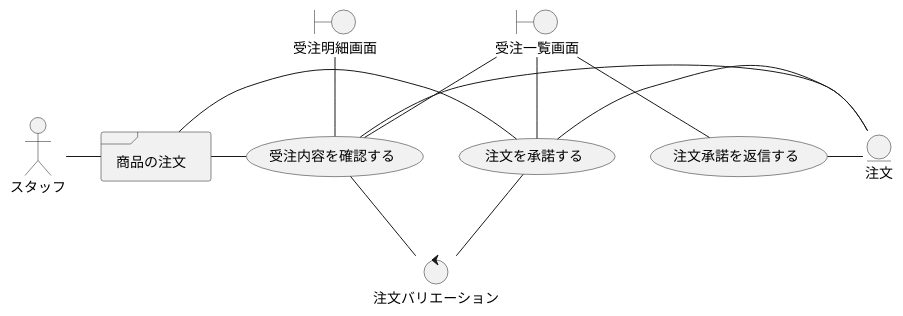
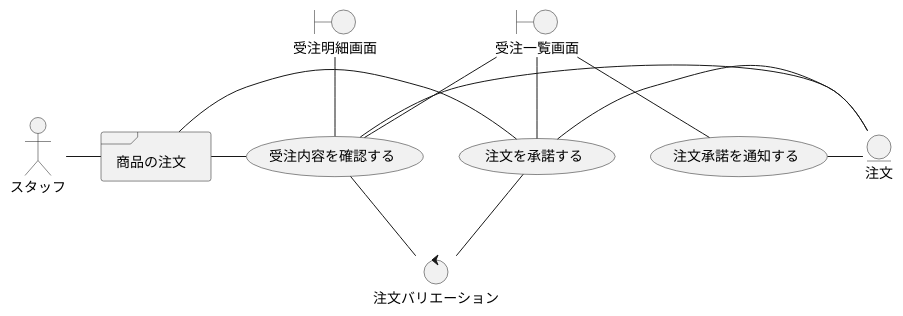
One commit to k2works/application_programing_excercise_2022 changed diagram 23 of 28 in docs/index.adoc. Above: the diagram before and after it, drawn with PlantUML. The commit also changed other lines of this file, not shown here.

```diff
--- a/docs/index.adoc
+++ b/docs/index.adoc
@@ -735,26 +741,26 @@
 [plantuml]
 ----
 @startuml
 actor "スタッフ" as ac_01
 frame "商品の注文" as f01
 usecase "受注内容を確認する" as UC1
 usecase "注文を承諾する" as UC2
-usecase "注文承諾を返信する" as UC3
+usecase "注文承諾を通知する" as UC3
 boundary "受注一覧画面" as b01
 boundary "受注明細画面" as b02
 entity "注文" as e01
 control "注文バリエーション" as c01
 
 ac_01 - f01
 f01 - UC1
 f01 - UC2
 b01 -- UC1
 b02-- UC1
 b01 -- UC2
 b01 -- UC3
 UC1 - e01
 UC2 - e01
 UC3 - e01
 UC1 -- c01
 UC2 -- c01
 ----
```
